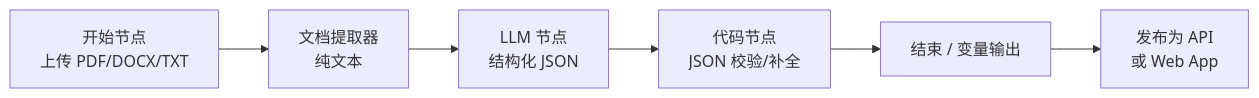
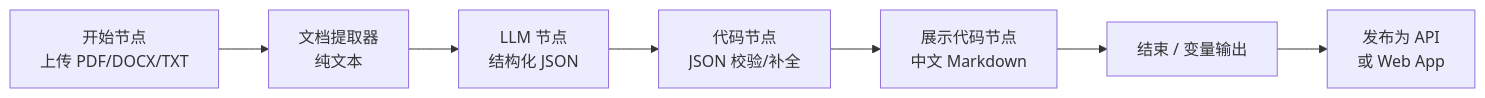
The diagram in README.md (a23-1-1/WorkFlow_System), drawn with Mermaid before and after one commit. The commit also changed other lines of this file and 4 other files, not shown here.

````diff
--- a/README.md
+++ b/README.md
@@ -16,8 +16,9 @@
 ```mermaid
 flowchart LR
     A[开始节点<br/>上传 PDF/DOCX/TXT] --> B[文档提取器<br/>纯文本]
     B --> C[LLM 节点<br/>结构化 JSON]
     C --> D[代码节点<br/>JSON 校验/补全]
-    D --> E[结束 / 变量输出]
+    D --> G[展示代码节点<br/>中文 Markdown]
+    G --> E[结束 / 变量输出]
     E --> F[发布为 API<br/>或 Web App]
 ```
````
